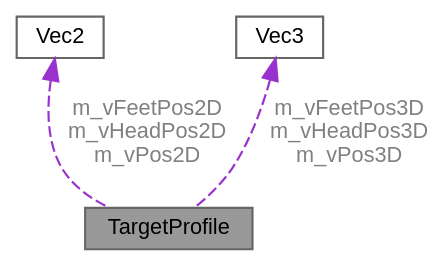
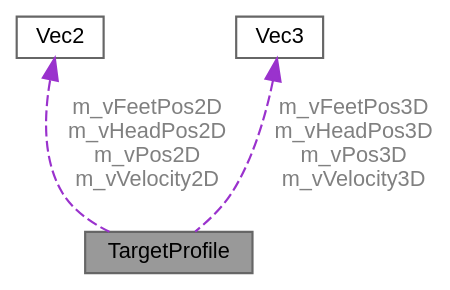
One commit to kiocode/xenon changed the diagram in dc/d43/classTargetProfile__coll__graph.dot. Above: the diagram before and after it, drawn with Graphviz. The commit also changed 35 other files, not shown here.

```diff
--- a/dc/d43/classTargetProfile__coll__graph.dot
+++ b/dc/d43/classTargetProfile__coll__graph.dot
@@ -1,12 +1,12 @@
 digraph "TargetProfile"
 {
  // LATEX_PDF_SIZE
   bgcolor="transparent";
   edge [fontname=Helvetica,fontsize=10,labelfontname=Helvetica,labelfontsize=10];
   node [fontname=Helvetica,fontsize=10,shape=box,height=0.2,width=0.4];
   Node1 [id="Node000001",label="TargetProfile",height=0.2,width=0.4,color="gray40", fillcolor="grey60", style="filled", fontcolor="black",tooltip=" "];
-  Node2 -> Node1 [id="edge1_Node000001_Node000002",dir="back",color="darkorchid3",style="dashed",tooltip=" ",label=" m_vFeetPos2D\nm_vHeadPos2D\nm_vPos2D",fontcolor="grey" ];
+  Node2 -> Node1 [id="edge1_Node000001_Node000002",dir="back",color="darkorchid3",style="dashed",tooltip=" ",label=" m_vFeetPos2D\nm_vHeadPos2D\nm_vPos2D\nm_vVelocity2D",fontcolor="grey" ];
   Node2 [id="Node000002",label="Vec2",height=0.2,width=0.4,color="gray40", fillcolor="white", style="filled",URL="$d3/d95/classVec2.html",tooltip=" "];
-  Node3 -> Node1 [id="edge2_Node000001_Node000003",dir="back",color="darkorchid3",style="dashed",tooltip=" ",label=" m_vFeetPos3D\nm_vHeadPos3D\nm_vPos3D",fontcolor="grey" ];
+  Node3 -> Node1 [id="edge2_Node000001_Node000003",dir="back",color="darkorchid3",style="dashed",tooltip=" ",label=" m_vFeetPos3D\nm_vHeadPos3D\nm_vPos3D\nm_vVelocity3D",fontcolor="grey" ];
   Node3 [id="Node000003",label="Vec3",height=0.2,width=0.4,color="gray40", fillcolor="white", style="filled",URL="$d9/de4/classVec3.html",tooltip=" "];
 }
```
